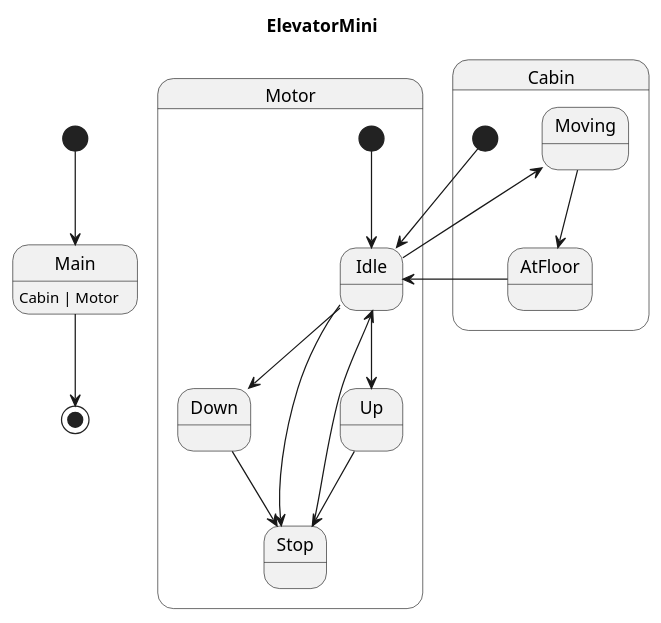
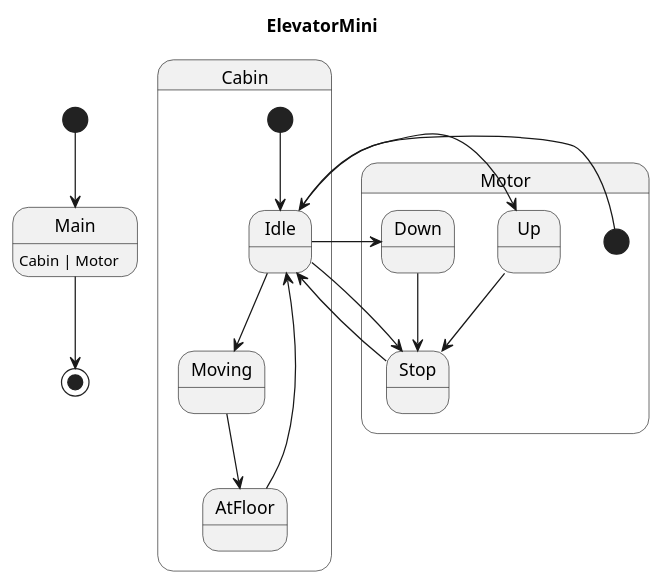
The diagram in examples/generated/plantuml/elevator_mini.puml (Pastor/Takt), drawn with PlantUML before and after one commit. The commit also changed other lines of this file and 16 other files, not shown here.

```diff
--- a/examples/generated/plantuml/elevator_mini.puml
+++ b/examples/generated/plantuml/elevator_mini.puml
@@ -1,25 +1,25 @@
 @startuml
 title ElevatorMini
 
 [*] --> Main
 Main : Cabin | Motor
 Main --> [*]
 
+state Cabin {
+    [*] --> Idle
+    AtFloor --> Idle
+    Moving --> AtFloor
+    Idle --> Moving
+}
+
 state Motor {
     [*] --> Idle
-    Down --> Stop
     Stop --> Idle
-    Up --> Stop
     Idle --> Up
     Idle --> Down
     Idle --> Stop
-}
-
-state Cabin {
-    [*] --> Idle
-    AtFloor --> Idle
-    Idle --> Moving
-    Moving --> AtFloor
+    Down --> Stop
+    Up --> Stop
 }
 
 @enduml
```
